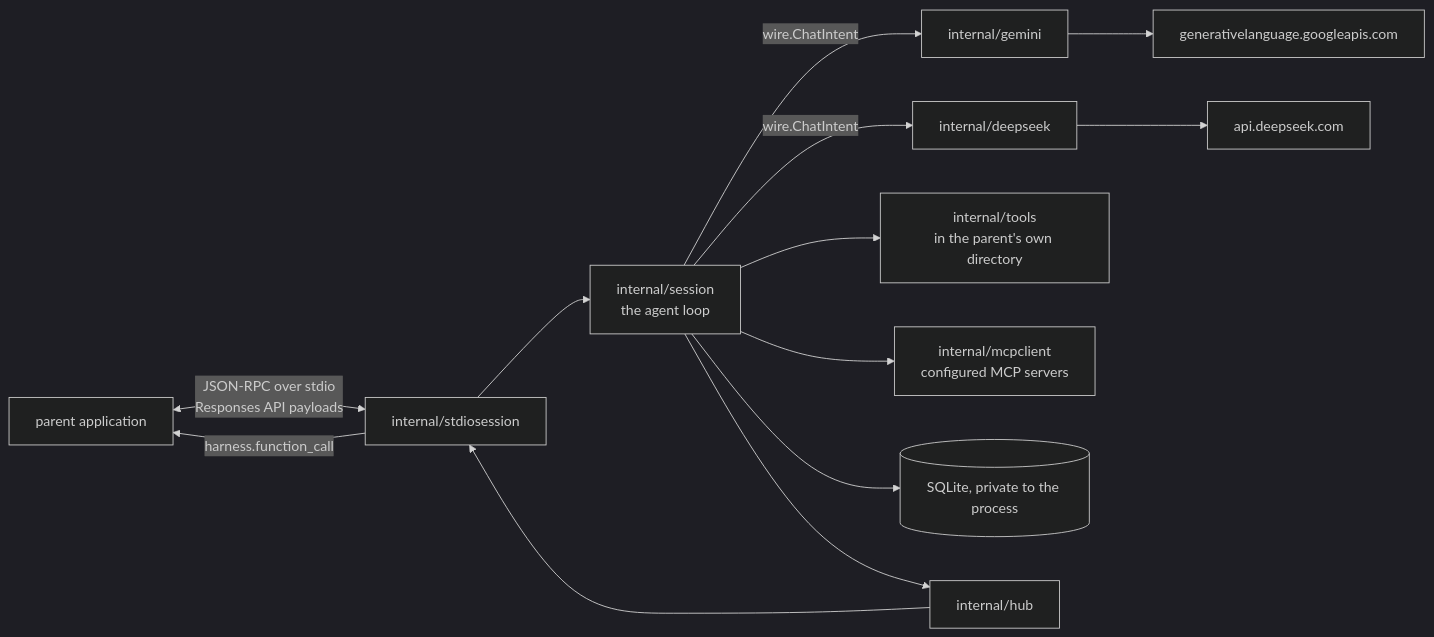
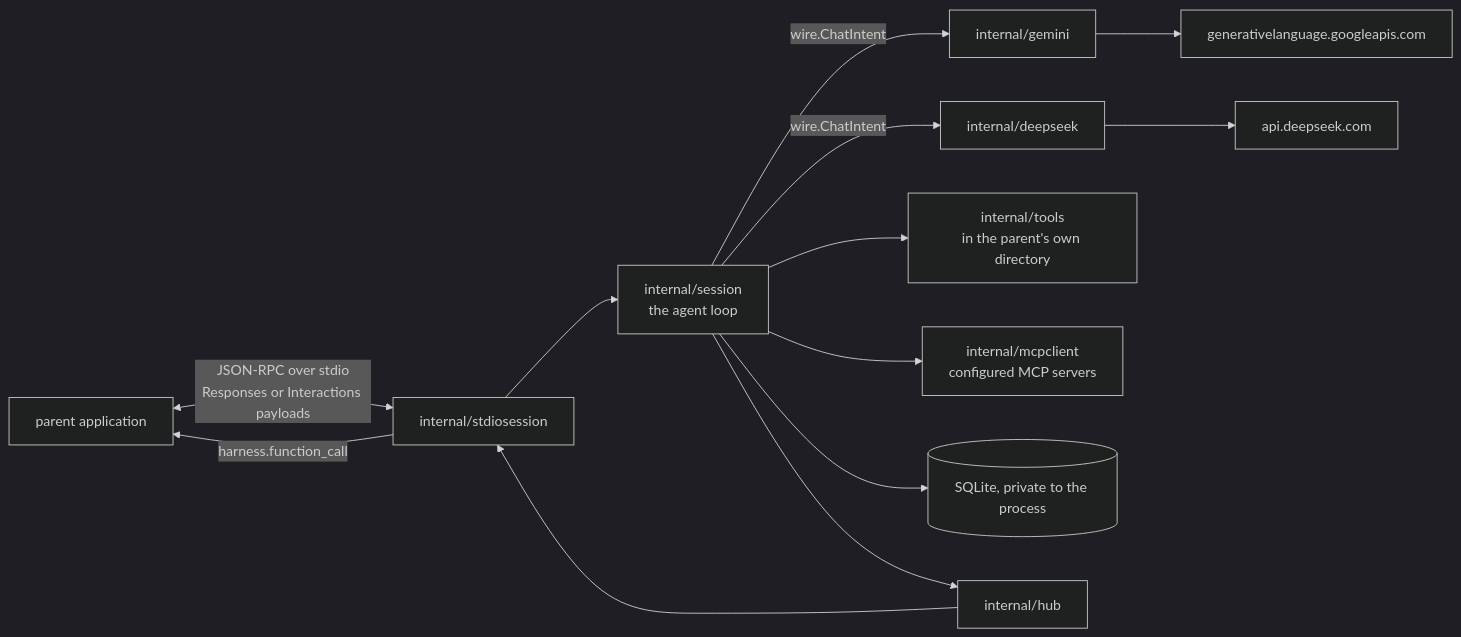
Before and after one commit to tinkerindustries/agent-harness: the diagram in ARCHITECTURE.md, drawn with Mermaid (dark theme). The commit also changed other lines of this file and 5 other files, not shown here.

````diff
--- a/ARCHITECTURE.md
+++ b/ARCHITECTURE.md
@@ -46,15 +46,15 @@
 ```mermaid
 flowchart LR
-    parent[parent application] <-->|JSON-RPC over stdio<br/>Responses API payloads| gs[internal/stdiosession]
+    parent[parent application] <-->|JSON-RPC over stdio<br/>Responses or Interactions payloads| gs[internal/stdiosession]
     gs --> session2[internal/session<br/>the agent loop]
     session2 -->|wire.ChatIntent| gc[internal/gemini]
     session2 -->|wire.ChatIntent| dc[internal/deepseek]
     gc --> gapi[generativelanguage.googleapis.com]
     dc --> dapi[api.deepseek.com]
     session2 --> tools2[internal/tools<br/>in the parent's own directory]
     session2 --> mcpclient[internal/mcpclient<br/>configured MCP servers]
     session2 --> st2[(SQLite, private to the process)]
     session2 --> hub2[internal/hub]
     hub2 --> gs
     gs -->|harness.function_call| parent
 ```
````
